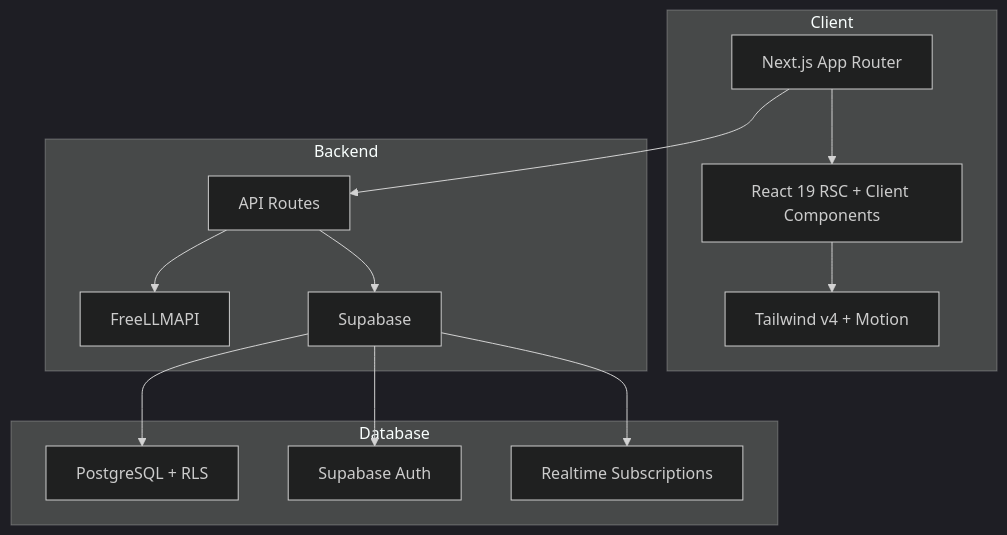
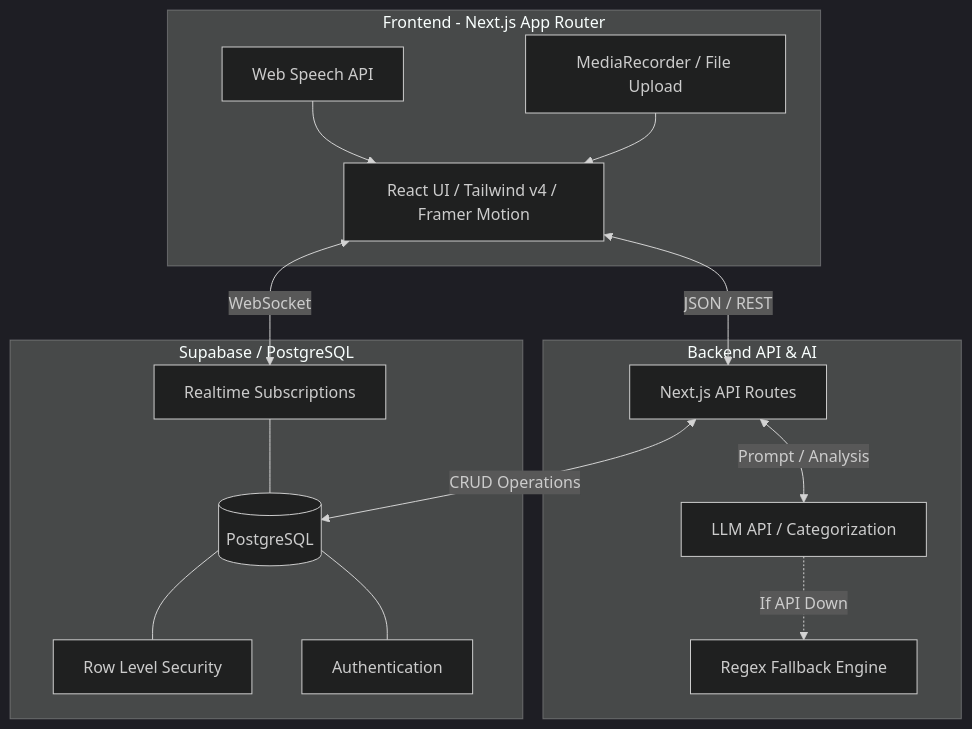
The diagram in README.md (Yadnyesh-patil/campus-solver), drawn with Mermaid (dark theme) before and after one commit. The commit also changed other lines of this file and 2 other files, not shown here.

Commit message:
docs: demo script, Q&A prep, README with architecture diagram

````diff
--- a/README.md
+++ b/README.md
@@ -34,17 +29,35 @@
 ```mermaid
-graph TB
-  subgraph Client
-    A[Next.js App Router] --> B[React 19 RSC + Client Components]
-    B --> C[Tailwind v4 + Motion]
-  end
-  subgraph Backend
-    D[API Routes] --> E[FreeLLMAPI]
-    D --> F[Supabase]
-  end
-  subgraph Database
-    F --> G[PostgreSQL + RLS]
-    F --> H[Supabase Auth]
-    F --> I[Realtime Subscriptions]
-  end
-  A --> D
+graph TD
+    subgraph Client [Frontend - Next.js App Router]
+        UI[React UI / Tailwind v4 / Framer Motion]
+        Voice[Web Speech API]
+        Media[MediaRecorder / File Upload]
+    end
+
+    subgraph Backend [Backend API & AI]
+        API[Next.js API Routes]
+        AI[LLM API / Categorization]
+        Fallback[Regex Fallback Engine]
+    end
+
+    subgraph Database [Supabase / PostgreSQL]
+        DB[(PostgreSQL)]
+        RLS[Row Level Security]
+        Auth[Authentication]
+        RT[Realtime Subscriptions]
+    end
+
+    UI <-->|JSON / REST| API
+    Voice --> UI
+    Media --> UI
+    
+    API <-->|Prompt / Analysis| AI
+    AI -.->|If API Down| Fallback
+    
+    API <-->|CRUD Operations| DB
+    UI <-->|WebSocket| RT
+    
+    DB --- RLS
+    DB --- Auth
+    RT --- DB
 ```
````
